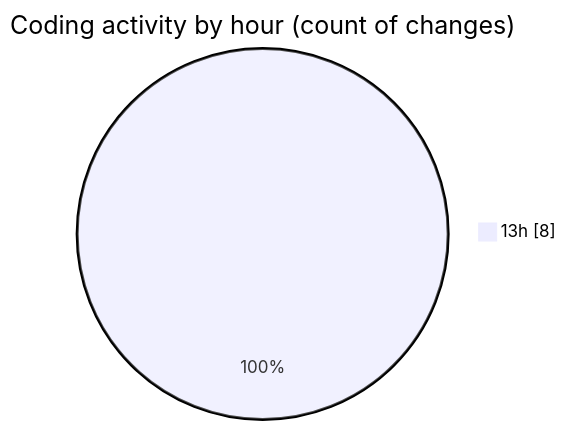
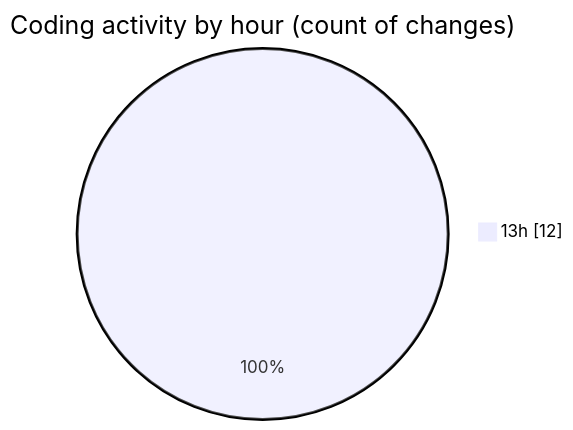
Before and after one commit to BS-eng2023/code-tracking: the second of 2 diagrams in 2025-05-01/go/README.md, drawn with Mermaid. The commit also changed other lines of this file and 1 other file, not shown here.

````diff
--- a/2025-05-01/go/README.md
+++ b/2025-05-01/go/README.md
@@ -31,5 +31,5 @@
 ```mermaid
 pie showData
 title Coding activity by hour (count of changes)
-"13h" : 8
+"13h" : 12
 ```
````
